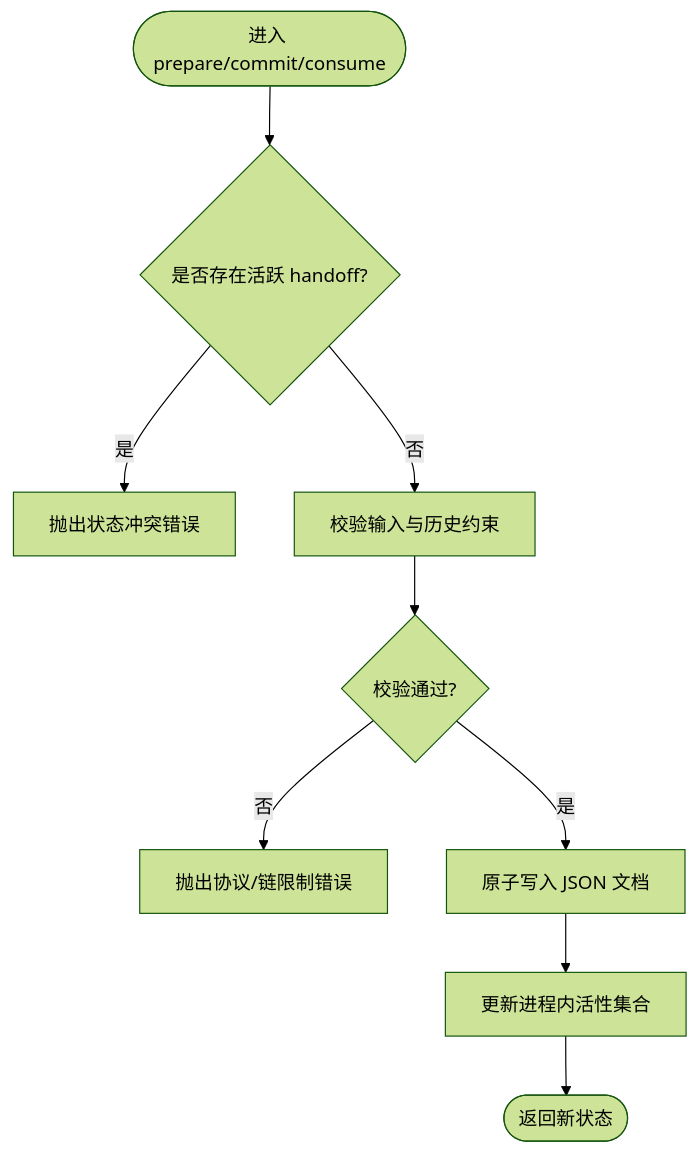
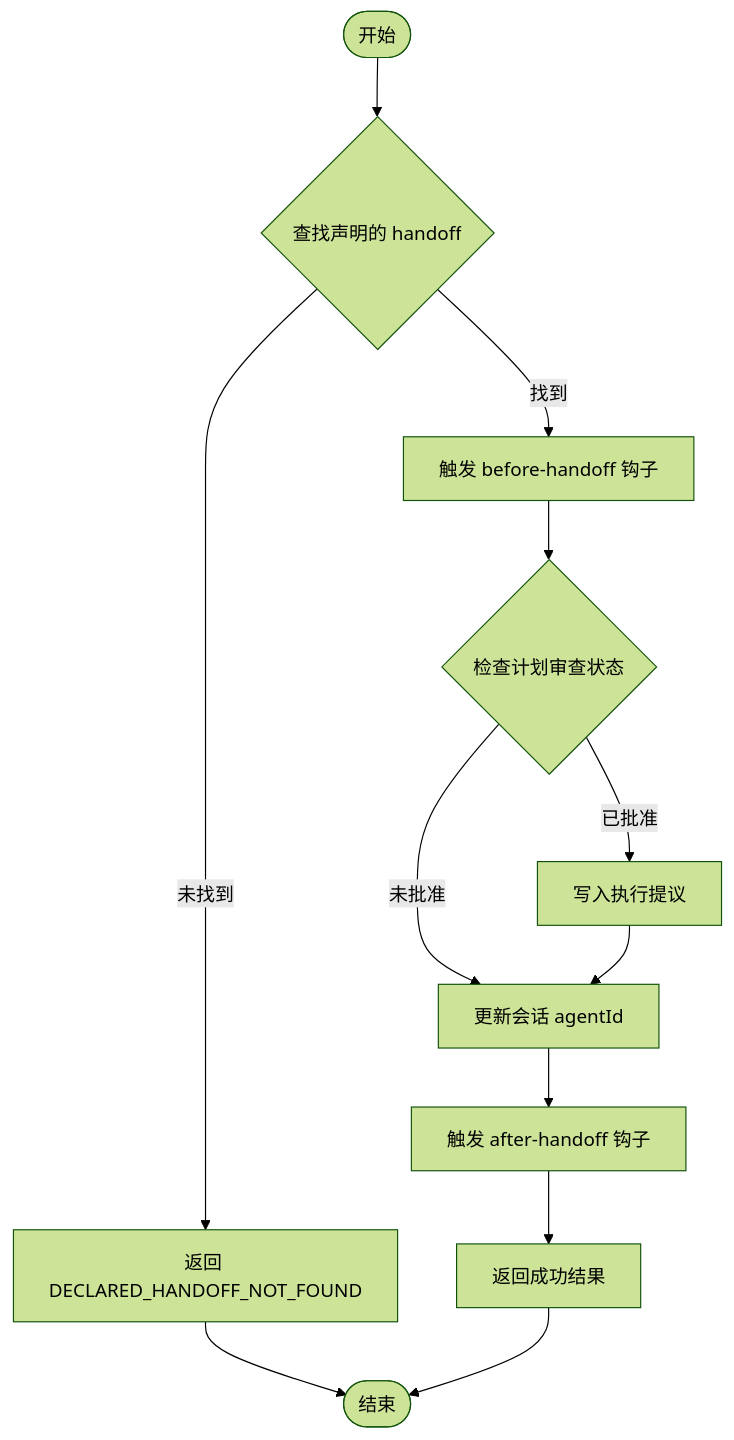
Before and after one commit to haolange/RDC-Agent: the third of 5 diagrams in .qoder/repowiki/zh/content/核心模块/会话管理系统/状态转移管理.md, drawn with Mermaid (forest theme). The commit also changed other lines of this file and 90 other files, not shown here.

````diff
--- a/.qoder/repowiki/zh/content/核心模块/会话管理系统/状态转移管理.md
+++ b/.qoder/repowiki/zh/content/核心模块/会话管理系统/状态转移管理.md
@@ -149,11 +135,14 @@
 ```mermaid
 flowchart TD
-Start(["进入 prepare/commit/consume"]) --> CheckActive{"是否存在活跃 handoff?"}
-CheckActive --> |是| Conflict["抛出状态冲突错误"]
-CheckActive --> |否| Validate["校验输入与历史约束"]
-Validate --> Valid{"校验通过?"}
-Valid --> |否| Error["抛出协议/链限制错误"]
-Valid --> |是| Persist["原子写入 JSON 文档"]
-Persist --> UpdateLive["更新进程内活性集合"]
-UpdateLive --> End(["返回新状态"])
+Start(["开始"]) --> Find{"查找声明的 handoff"}
+Find --> |找到| HookBefore["触发 before-handoff 钩子"]
+Find --> |未找到| Error["返回 DECLARED_HANDOFF_NOT_FOUND"]
+HookBefore --> CheckPlan{"检查计划审查状态"}
+CheckPlan --> |已批准| WriteOffer["写入执行提议"]
+CheckPlan --> |未批准| UpdateSession["更新会话 agentId"]
+WriteOffer --> UpdateSession
+UpdateSession --> HookAfter["触发 after-handoff 钩子"]
+HookAfter --> Success["返回成功结果"]
+Error --> End(["结束"])
+Success --> End
 ```
````
